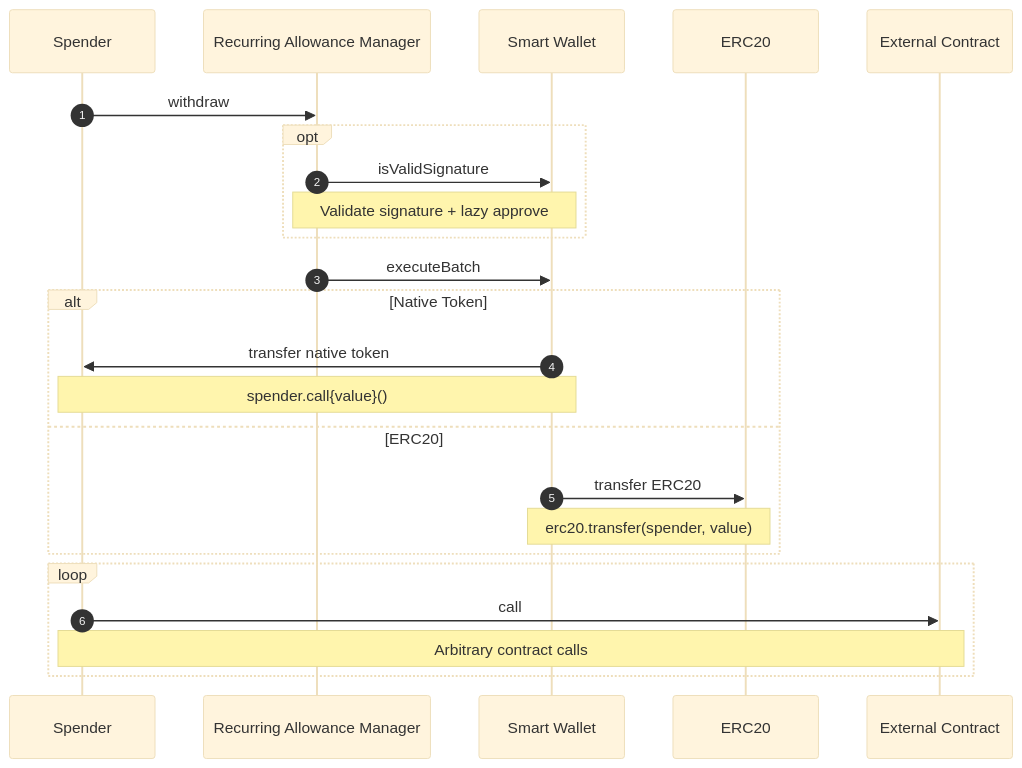
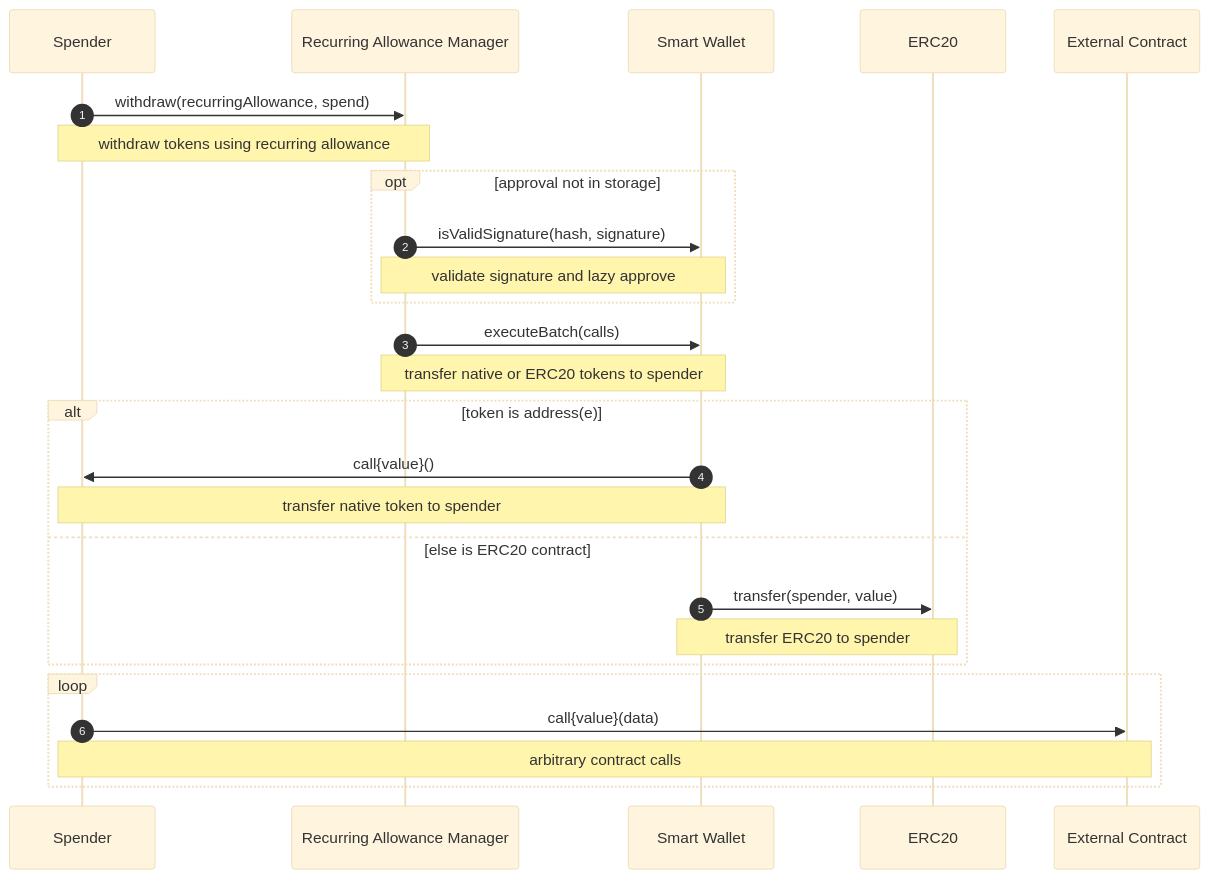
One commit to coinbase/smart-wallet-permissions changed the diagram in docs/diagrams/onchain/withdraw.md. Above: the diagram before and after it, drawn with Mermaid (base theme).

Commit message:
Update diagram

````diff
--- a/docs/diagrams/onchain/withdraw.md
+++ b/docs/diagrams/onchain/withdraw.md
@@ -3,27 +3,29 @@
 ```mermaid
 sequenceDiagram
     autonumber
     participant S as Spender
     participant M as Recurring Allowance Manager
     participant A as Smart Wallet
     participant ERC20
     participant EC as External Contract
 
-    S->>M: withdraw
-    opt
-        M->>A: isValidSignature
-        Note over M,A: Validate signature + lazy approve
+    S->>M: withdraw(recurringAllowance, spend)
+    Note over S,M: withdraw tokens using recurring allowance
+    opt approval not in storage
+        M->>A: isValidSignature(hash, signature)
+        Note over M,A: validate signature and lazy approve
     end
-    M->>A: executeBatch
-    alt Native Token
-        A->>S: transfer native token
-        Note over A,S: spender.call{value}()
-    else ERC20
-        A->>ERC20: transfer ERC20
-        Note over A,ERC20: erc20.transfer(spender, value)
+    M->>A: executeBatch(calls)
+    Note over M,A: transfer native or ERC20 tokens to spender
+    alt token is address(e)
+        A->>S: call{value}()
+        Note over A,S: transfer native token to spender
+    else else is ERC20 contract
+        A->>ERC20: transfer(spender, value)
+        Note over A,ERC20: transfer ERC20 to spender
     end
     loop
-        S->>EC: call
-        Note over S,EC: Arbitrary contract calls
+        S->>EC: call{value}(data)
+        Note over S,EC: arbitrary contract calls
     end
 ```
````
